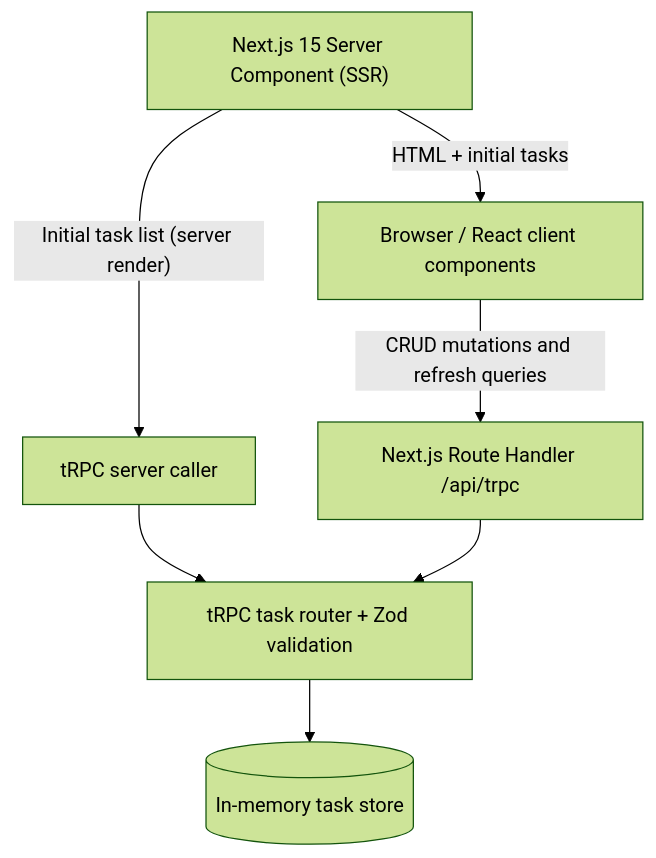
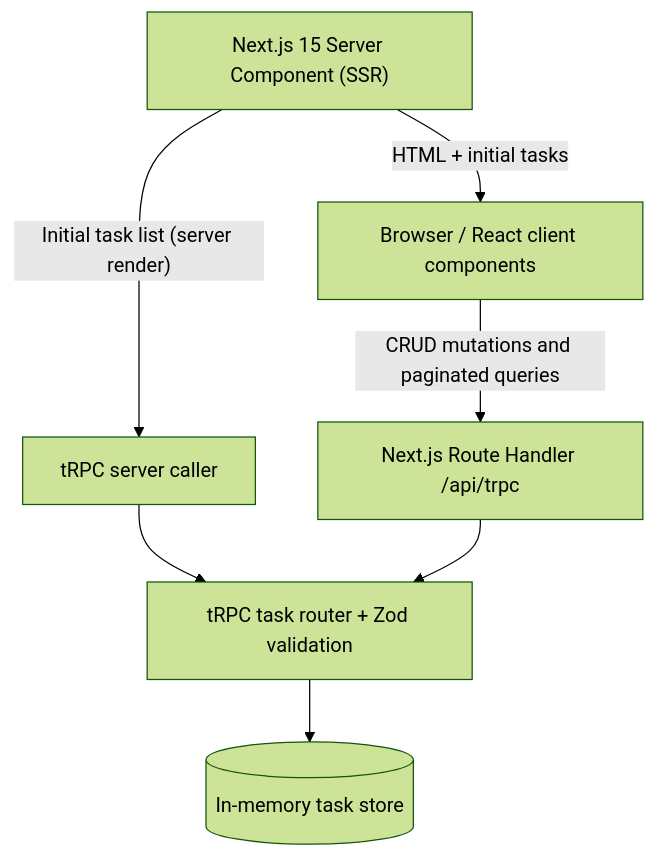
Before and after one commit to FATEC-BOYS/task-manager-trpc: the first of 3 diagrams in README.md, drawn with Mermaid (forest theme). The commit also changed other lines of this file, not shown here.

Commit message:
docs: add themed UI, infinite pagination and Docker diagrams

````diff
--- a/README.md
+++ b/README.md
@@ -7,16 +7,16 @@
 ```mermaid
 flowchart TD
     Browser["Browser / React client components"]
     Page["Next.js 15 Server Component (SSR)"]
     Caller["tRPC server caller"]
     API["Next.js Route Handler /api/trpc"]
     Router["tRPC task router + Zod validation"]
     Store[("In-memory task store")]
 
     Page -->|"Initial task list (server render)"| Caller
     Caller --> Router
-    Browser -->|"CRUD mutations and refresh queries"| API
+    Browser -->|"CRUD mutations and paginated queries"| API
     API --> Router
     Router --> Store
     Page -->|"HTML + initial tasks"| Browser
 ```
````
